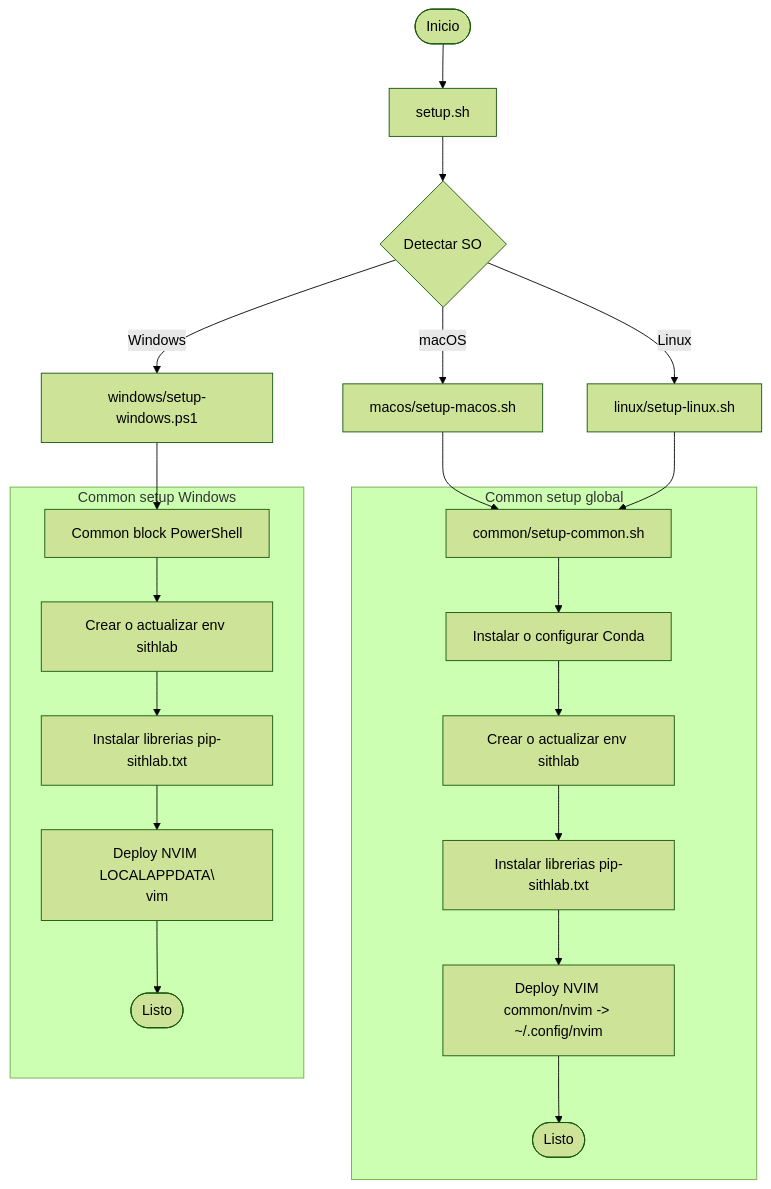
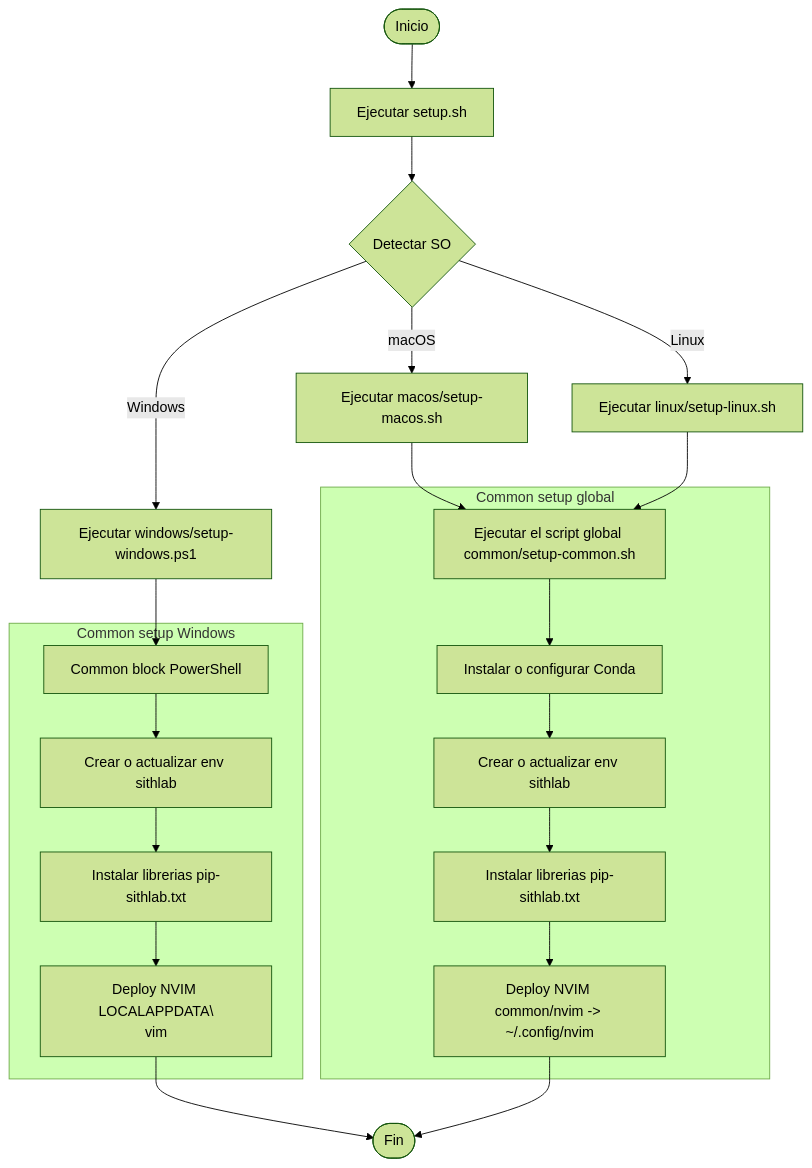
One commit to TenebrisMessor/All-my-settings changed the diagram in README.md. Above: the diagram before and after it, drawn with Mermaid (forest theme). The commit also changed other lines of this file and 24 other files, not shown here.

````diff
--- a/README.md
+++ b/README.md
@@ -8,27 +8,28 @@
 ```mermaid
 flowchart TD
-  A([Inicio]) --> B[setup.sh]
+  A([Inicio]) --> B[Ejecutar setup.sh]
   B --> C{Detectar SO}
-  C -->|macOS| D[macos/setup-macos.sh]
-  C -->|Linux| E[linux/setup-linux.sh]
-  C -->|Windows| F[windows/setup-windows.ps1]
+  C -->|macOS| D[Ejecutar macos/setup-macos.sh]
+  C -->|Linux| E[Ejecutar linux/setup-linux.sh]
+  C -->|Windows| F[Ejecutar windows/setup-windows.ps1]
 
-  D --> G[common/setup-common.sh]
+  D --> G[Ejecutar el script global common/setup-common.sh]
   E --> G
   F --> H[Common block PowerShell]
 
   subgraph COMMON["Common setup global"]
     G --> I[Instalar o configurar Conda]
     I --> J[Crear o actualizar env sithlab]
     J --> K[Instalar librerias pip-sithlab.txt]
     K --> L[Deploy NVIM common/nvim -> ~/.config/nvim]
-    L --> M([Listo])
   end
 
   subgraph COMMON_WIN["Common setup Windows"]
     H --> J2[Crear o actualizar env sithlab]
     J2 --> K2[Instalar librerias pip-sithlab.txt]
     K2 --> L2[Deploy NVIM LOCALAPPDATA\\nvim]
-    L2 --> M2([Listo])
   end
+
+    L2 --> M([Fin])
+    L --> M([Fin])
 ```
````
